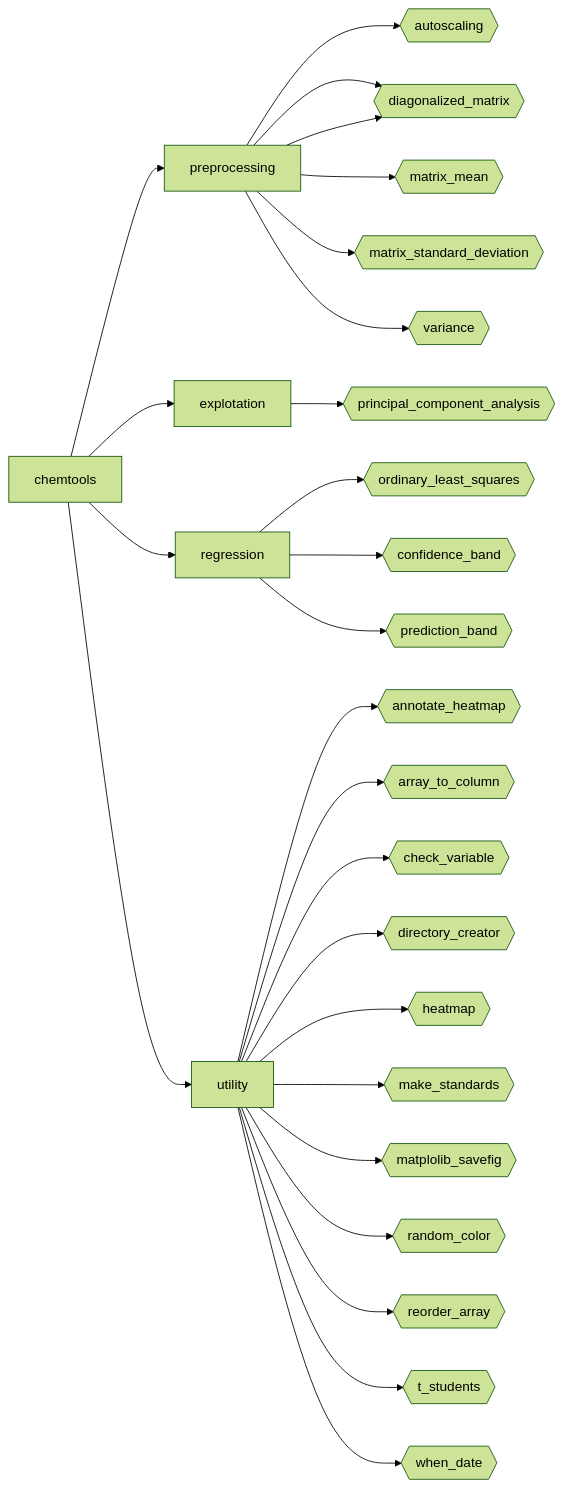
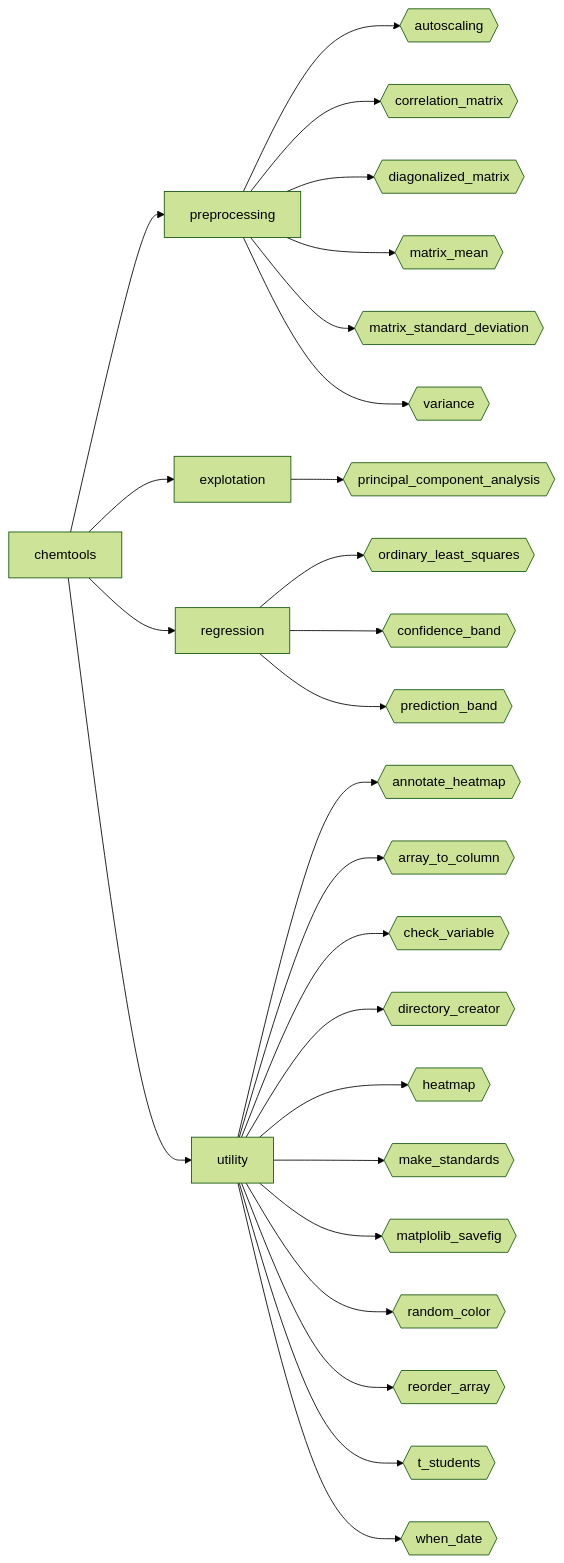
One commit to MGriot/chemtools changed the diagram in README.md. Above: the diagram before and after it, drawn with Mermaid (forest theme).

Commit message:
README updated

````diff
--- a/README.md
+++ b/README.md
@@ -6,34 +6,34 @@
 ```mermaid
 flowchart LR
 
 chemtools --> preprocessing
 chemtools --> explotation
 chemtools --> regression
 chemtools --> utility
 
 
 preprocessing --> pp_fun1{{autoscaling}}
 preprocessing --> pp_fun2{{correlation_matrix}}
-preprocessing --> pp_fun2{{diagonalized_matrix}}
-preprocessing --> pp_fun3{{matrix_mean}}
-preprocessing --> pp_fun4{{matrix_standard_deviation}}
-preprocessing --> pp_fun5{{variance}}
+preprocessing --> pp_fun3{{diagonalized_matrix}}
+preprocessing --> pp_fun4{{matrix_mean}}
+preprocessing --> pp_fun5{{matrix_standard_deviation}}
+preprocessing --> pp_fun6{{variance}}
 
 explotation --> cl_fun1{{principal_component_analysis}}
 
 regression --> re_fun_1{{ordinary_least_squares}}
 regression --> re_fun_2{{confidence_band}}
 regression --> re_fun_3{{prediction_band}}
 
 utility --> ut_fun_1{{annotate_heatmap}}
 utility --> ut_fun_2{{array_to_column}}
 utility --> ut_fun_3{{check_variable}}
 utility --> ut_fun_4{{directory_creator}}
 utility --> ut_fun_5{{heatmap}}
 utility --> ut_fun_6{{make_standards}}
 utility --> ut_fun_7{{matplolib_savefig}}
 utility --> ut_fun_8{{random_color}}
 utility --> ut_fun_9{{reorder_array}}
 utility --> ut_fun_10{{t_students}}
 utility --> ut_fun_11{{when_date}}
 ```
````
